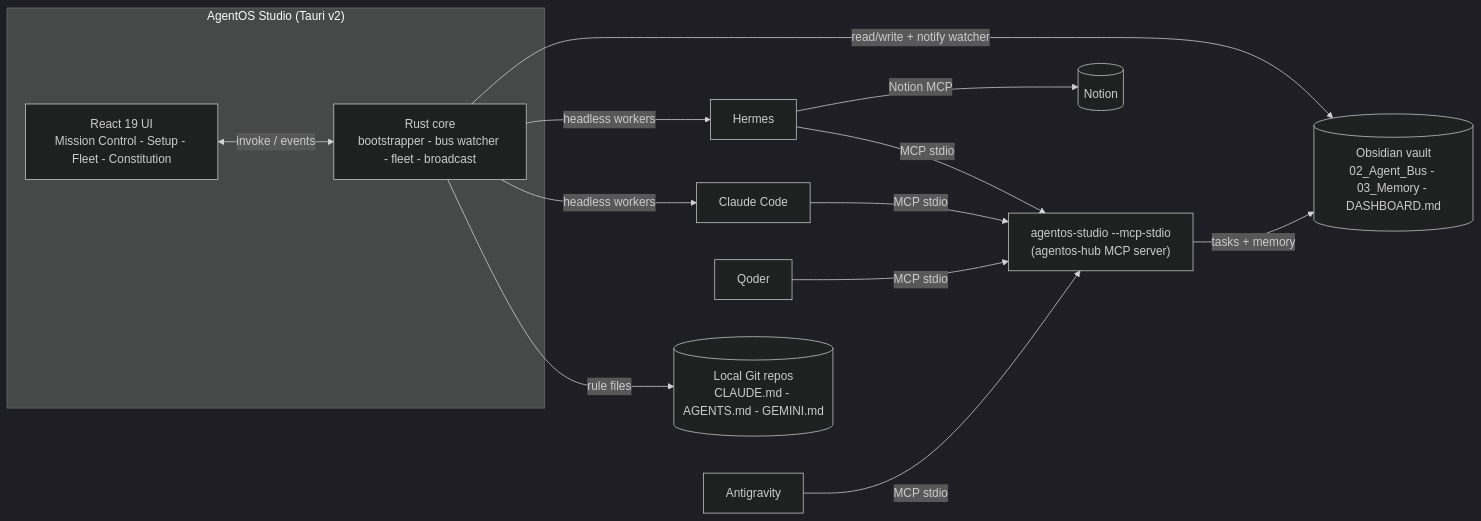
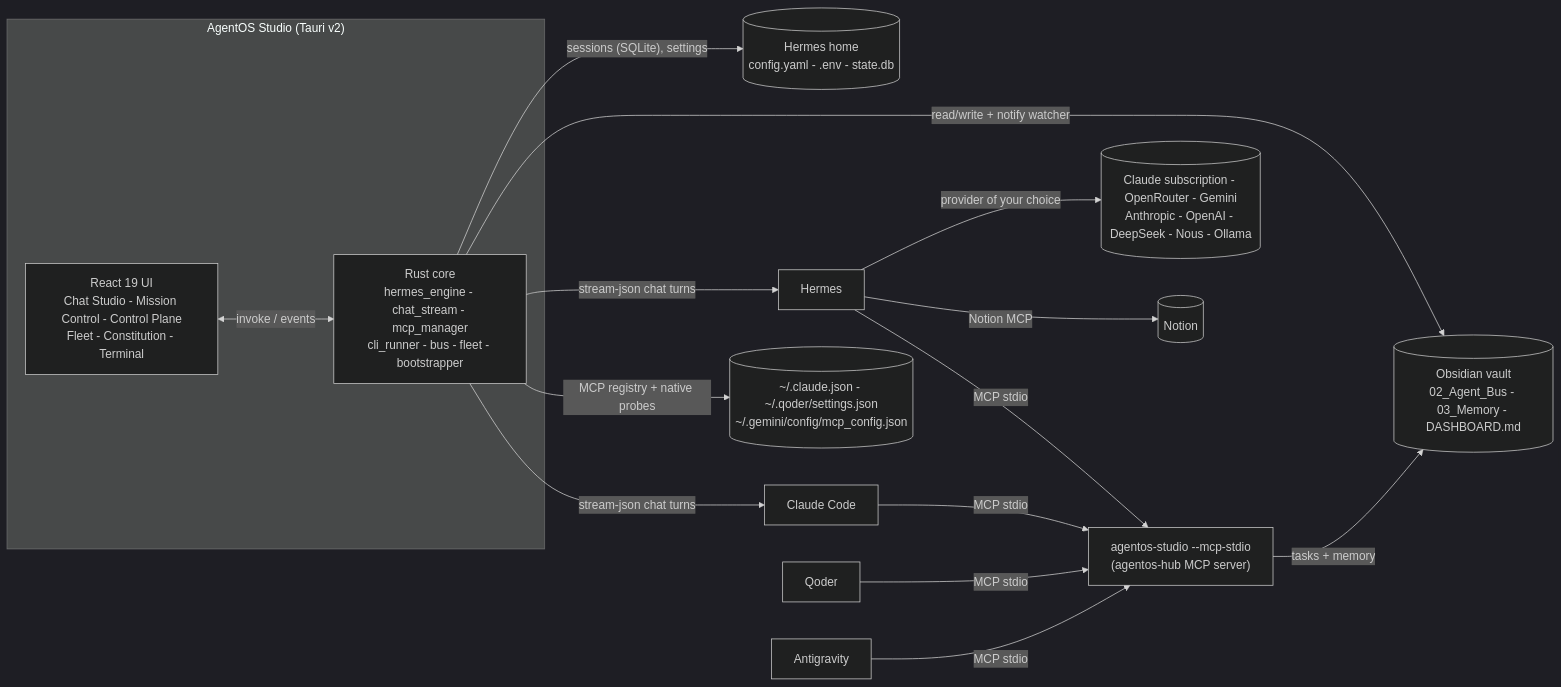
One commit to konethegreat/agentos-studio changed the diagram in README.md. Above: the diagram before and after it, drawn with Mermaid (dark theme). The commit also changed other lines of this file and 29 other files, not shown here.

First line of the commit message:
feat: AgentOS Studio v0.2.0 sovereign Hermes chat studio, provider switchboard and MCP router (#3)

````diff
--- a/README.md
+++ b/README.md
@@ -34,24 +46,26 @@
 ```mermaid
 flowchart LR
     subgraph Studio["AgentOS Studio (Tauri v2)"]
-        UI["React 19 UI<br/>Mission Control - Setup - Fleet - Constitution"]
-        Core["Rust core<br/>bootstrapper - bus watcher - fleet - broadcast"]
+        UI["React 19 UI<br/>Chat Studio - Mission Control - Control Plane<br/>Fleet - Constitution - Terminal"]
+        Core["Rust core<br/>hermes_engine - chat_stream - mcp_manager<br/>cli_runner - bus - fleet - bootstrapper"]
         UI <-- "invoke / events" --> Core
     end
 
     Hub["agentos-studio --mcp-stdio<br/>(agentos-hub MCP server)"]
     Vault[("Obsidian vault<br/>02_Agent_Bus - 03_Memory - DASHBOARD.md")]
+    HermesHome[("Hermes home<br/>config.yaml - .env - state.db")]
 
+    Core -- "stream-json chat turns" --> Hermes["Hermes"]
+    Core -- "stream-json chat turns" --> Claude["Claude Code"]
+    Core -- "sessions (SQLite), settings" --> HermesHome
+    Core -- "MCP registry + native probes" --> Configs[("~/.claude.json - ~/.qoder/settings.json<br/>~/.gemini/config/mcp_config.json")]
     Core -- "read/write + notify watcher" --> Vault
     Hub -- "tasks + memory" --> Vault
 
-    Hermes["Hermes"] -- "MCP stdio" --> Hub
-    Claude["Claude Code"] -- "MCP stdio" --> Hub
+    Hermes -- "MCP stdio" --> Hub
+    Claude -- "MCP stdio" --> Hub
     Qoder["Qoder"] -- "MCP stdio" --> Hub
     AG["Antigravity"] -- "MCP stdio" --> Hub
-
-    Core -- "headless workers" --> Hermes
-    Core -- "headless workers" --> Claude
+    Hermes -- "provider of your choice" --> LLM[("Claude subscription - OpenRouter - Gemini<br/>Anthropic - OpenAI - DeepSeek - Nous - Ollama")]
     Hermes -- "Notion MCP" --> Notion[("Notion")]
-    Core -- "rule files" --> Repos[("Local Git repos<br/>CLAUDE.md - AGENTS.md - GEMINI.md")]
 ```
````
